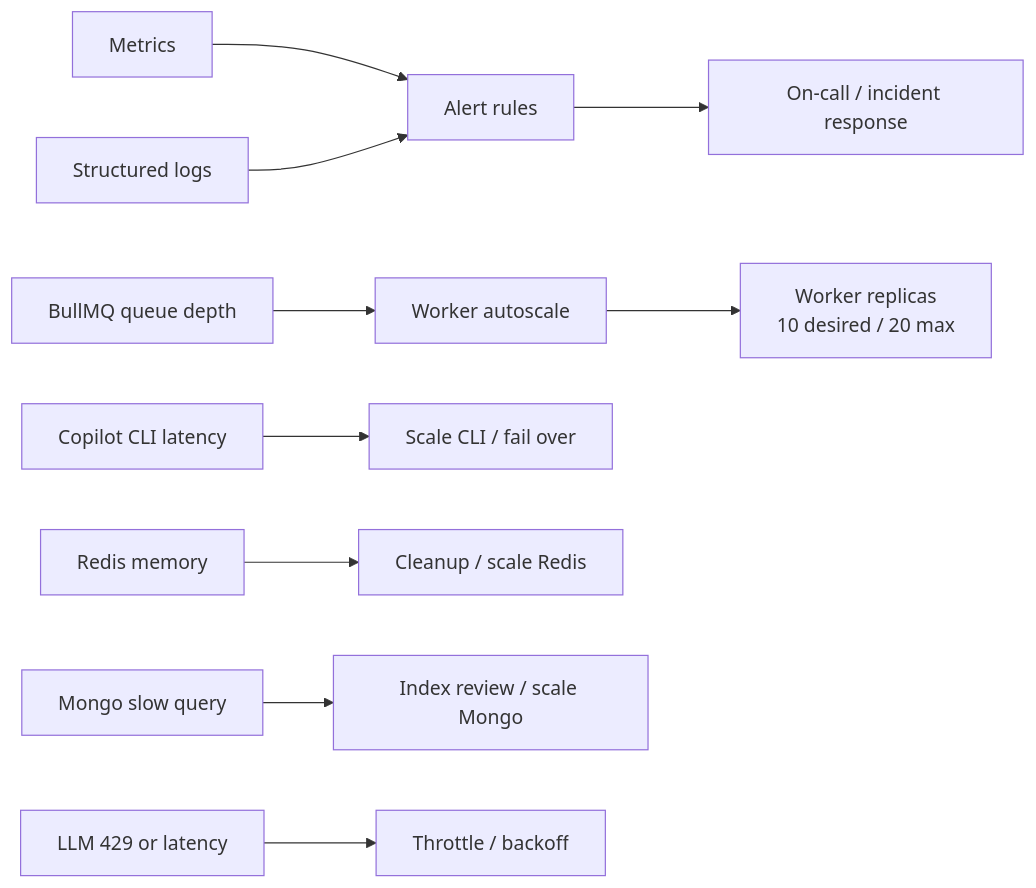
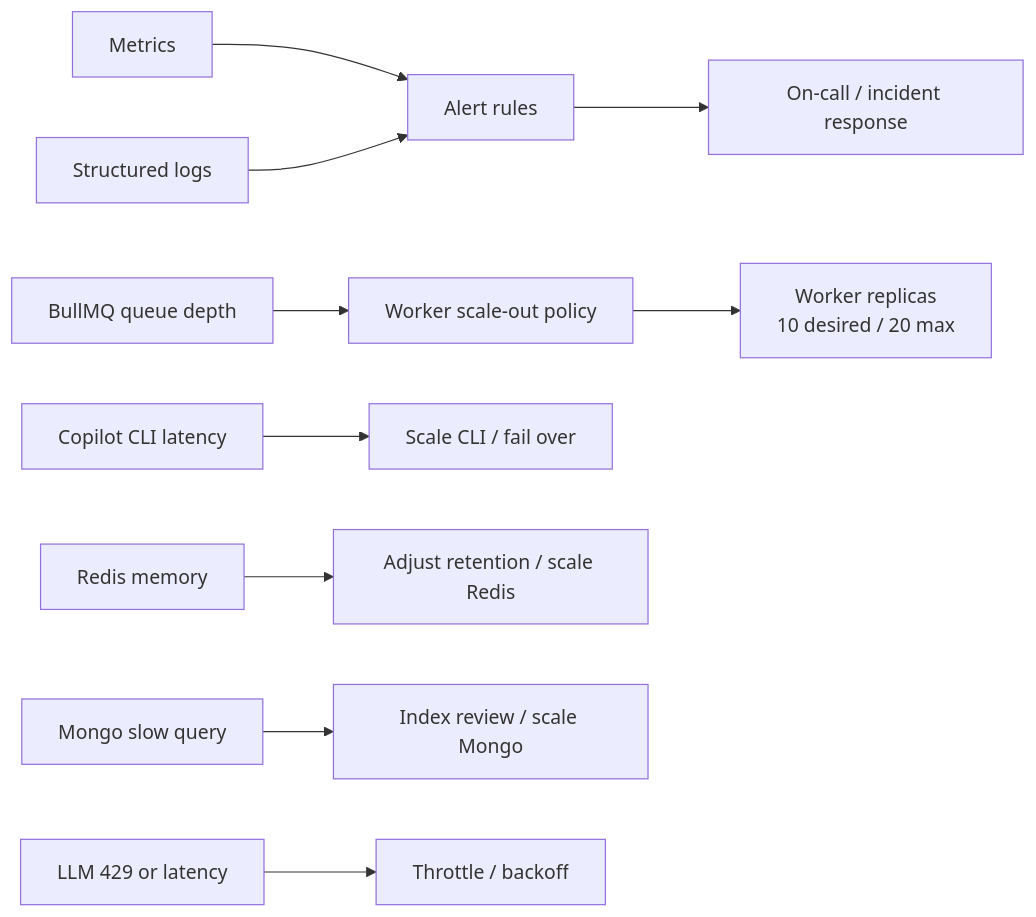
Diagram 14 of 16 in production-resource-architecture-proposal.md (chunkai1312/temp), drawn with Mermaid before and after one commit. The commit also changed other lines of this file, not shown here.

````diff
--- a/production-resource-architecture-proposal.md
+++ b/production-resource-architecture-proposal.md
@@ -634,12 +599,12 @@
 ```mermaid
 flowchart LR
   METRICS["Metrics"] --> RULES["Alert rules"]
   LOGS["Structured logs"] --> RULES
-  QUEUE["BullMQ queue depth"] --> AUTOSCALE["Worker autoscale"]
+  QUEUE["BullMQ queue depth"] --> AUTOSCALE["Worker scale-out policy"]
   CLI["Copilot CLI latency"] --> ACTION0["Scale CLI / fail over"]
-  REDIS["Redis memory"] --> ACTION1["Cleanup / scale Redis"]
+  REDIS["Redis memory"] --> ACTION1["Adjust retention / scale Redis"]
   MONGO["Mongo slow query"] --> ACTION2["Index review / scale Mongo"]
   LLM["LLM 429 or latency"] --> ACTION3["Throttle / backoff"]
   RULES --> ONCALL["On-call / incident response"]
   AUTOSCALE --> WORKERS["Worker replicas\n10 desired / 20 max"]
 ```
````
